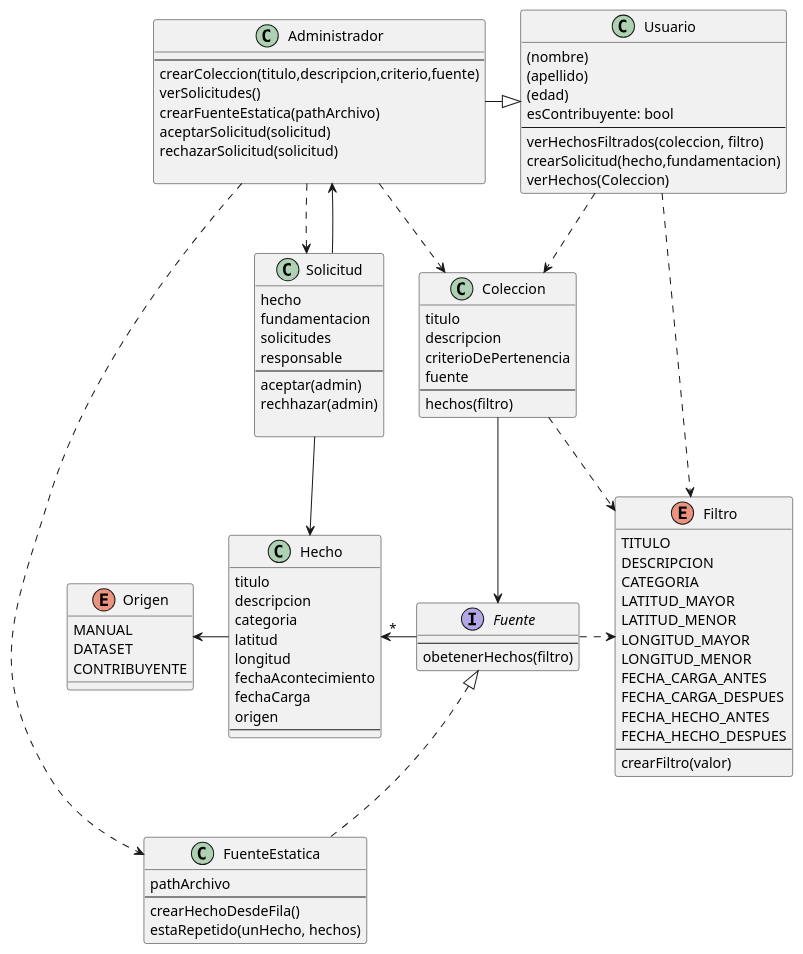
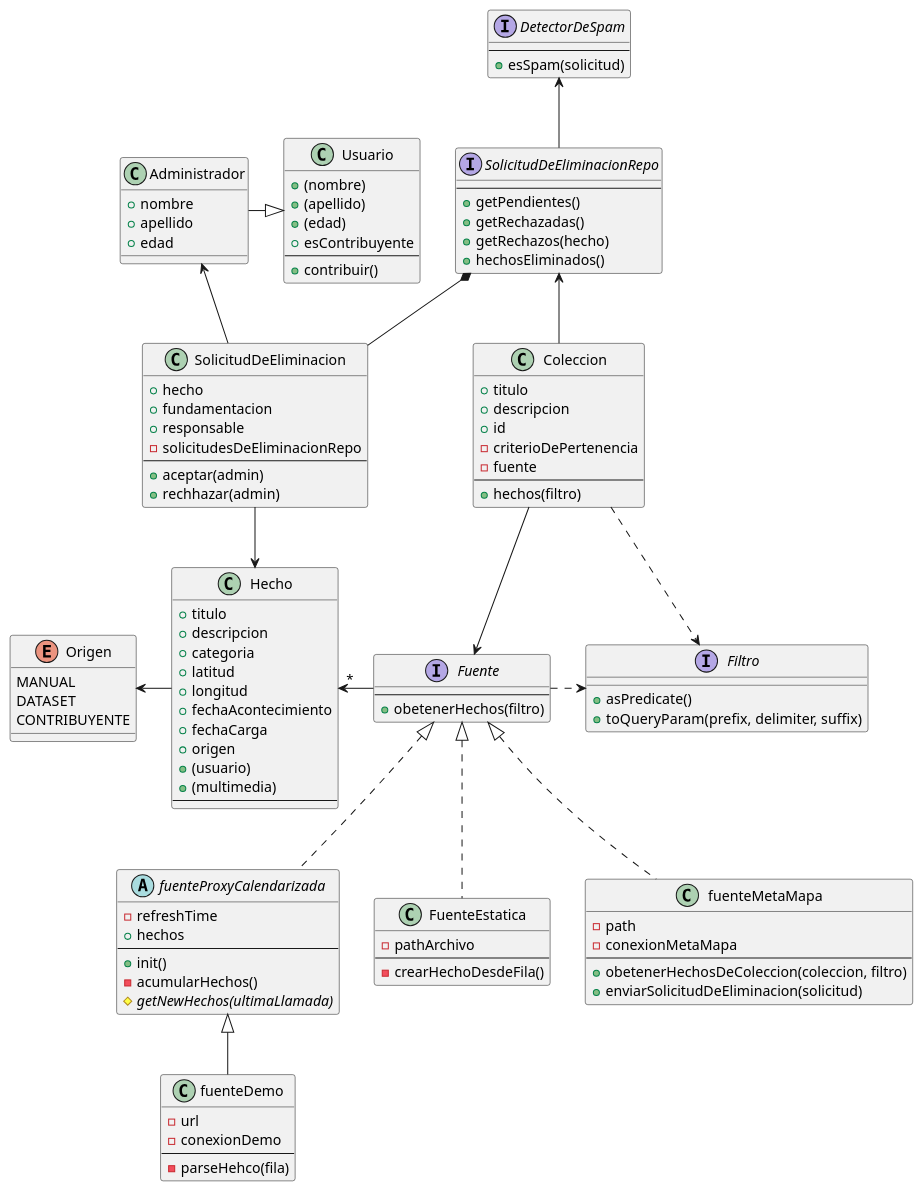
One commit to lrizzitano/Metamapa changed the diagram in diagramas/diagrama-clases.puml. Above: the diagram before and after it, drawn with PlantUML.

Commit message:
Cambio diagrama

```diff
--- a/diagramas/diagrama-clases.puml
+++ b/diagramas/diagrama-clases.puml
@@ -1,122 +1,138 @@
 @startuml MetaMapa
 
 class Usuario {
-    (nombre)
-    (apellido)
-    (edad)
-    esContribuyente: bool
+    +(nombre)
+    +(apellido)
+    +(edad)
+    +esContribuyente
     --
-    verHechosFiltrados(coleccion, filtro)
-    crearSolicitud(hecho,fundamentacion)
-    verHechos(Coleccion)
+    +contribuir()
 }
 
 class Administrador {
---
-    crearColeccion(titulo,descripcion,criterio,fuente)
-    verSolicitudes()
-    crearFuenteEstatica(pathArchivo)
-    aceptarSolicitud(solicitud)
-    rechazarSolicitud(solicitud)
-
+    +nombre
+    +apellido
+    +edad
 }
 
-together {
-    class Solicitud {
-        hecho
-        fundamentacion
-        solicitudes
-        responsable
-        --
-        aceptar(admin)
-        rechhazar(admin)
+class SolicitudDeEliminacion {
+    +hecho
+    +fundamentacion
+    +responsable
+    -solicitudesDeEliminacionRepo
+    --
+    +aceptar(admin)
+    +rechhazar(admin)
+}
 
-    }
+interface SolicitudDeEliminacionRepo {
+    --
+    +getPendientes()
+    +getRechazadas()
+    +getRechazos(hecho)
+    +hechosEliminados()
+}
 
-    class Coleccion {
-        titulo
-        descripcion
-        criterioDePertenencia
-        fuente
-        --
-        hechos(filtro)
-    }
-
-    interface Fuente {
-        --
-        obetenerHechos(filtro)
-    }
-
-    class Hecho {
-        titulo
-        descripcion
-        categoria
-        latitud
-        longitud
-        fechaAcontecimiento
-        fechaCarga
-        origen
-        --
-    }
-
-    enum Origen {
-        MANUAL
-        DATASET
-        CONTRIBUYENTE
-    }
+interface DetectorDeSpam {
+    --
+    +esSpam(solicitud)
 }
 
 
+class Coleccion {
+    +titulo
+    +descripcion
+    +id
+    -criterioDePertenencia
+    -fuente
+    --
+    +hechos(filtro)
+}
+
+interface Fuente {
+    --
+    +obetenerHechos(filtro)
+}
+
+class Hecho {
+    +titulo
+    +descripcion
+    +categoria
+    +latitud
+    +longitud
+    +fechaAcontecimiento
+    +fechaCarga
+    +origen
+    +(usuario)
+    +(multimedia)
+    --
+}
+
+enum Origen {
+    MANUAL
+    DATASET
+    CONTRIBUYENTE
+}
 
 class FuenteEstatica {
-    pathArchivo
+    -pathArchivo
     --
-    crearHechoDesdeFila()
-    estaRepetido(unHecho, hechos)
+    -crearHechoDesdeFila()
+}
+
+interface Filtro {
+    +asPredicate()
+    +toQueryParam(prefix, delimiter, suffix)
+}
+
+abstract class fuenteProxyCalendarizada {
+    -refreshTime
+    +hechos
+    --
+    +init()
+    -acumularHechos()
+    #getNewHechos(ultimaLlamada) {abstract}
+}
+
+class fuenteDemo {
+    -url
+    -conexionDemo
+    --
+    -parseHehco(fila)
+}
+
+class fuenteMetaMapa {
+    -path
+    -conexionMetaMapa
+    --
+    +obetenerHechosDeColeccion(coleccion, filtro)
+    +enviarSolicitudDeEliminacion(solicitud)
 }
 
 
-
-enum Filtro {
-  TITULO
-  DESCRIPCION
-  CATEGORIA
-  LATITUD_MAYOR
-  LATITUD_MENOR
-  LONGITUD_MAYOR
-  LONGITUD_MENOR
-  FECHA_CARGA_ANTES
-  FECHA_CARGA_DESPUES
-  FECHA_HECHO_ANTES
-  FECHA_HECHO_DESPUES
-  --
-  crearFiltro(valor)
-}
-
 Administrador -r-|> Usuario
-
-Administrador ..> Coleccion
-Administrador ..> FuenteEstatica
-Administrador ..>Solicitud
-
-Usuario ..> Coleccion
-Usuario ..>Filtro
 
 
 Coleccion --> Fuente
 Coleccion .r.> Filtro
 
 Fuente -l-> "*" Hecho
 Fuente .r.>Filtro
 
 FuenteEstatica .u.|> Fuente
+fuenteProxyCalendarizada .u.|> Fuente
+fuenteMetaMapa .u.|> Fuente
+fuenteDemo -u-|> fuenteProxyCalendarizada
 
 
 Hecho -l-> Origen
 
-Solicitud --> Hecho
-Solicitud -u-> Administrador
+SolicitudDeEliminacion --> Hecho
+SolicitudDeEliminacion -u-> Administrador
 
-Solicitud -[hidden] Coleccion
+SolicitudDeEliminacionRepo *-- SolicitudDeEliminacion
+DetectorDeSpam <-- SolicitudDeEliminacionRepo
+SolicitudDeEliminacionRepo <-- Coleccion
+
 
 @enduml
```
